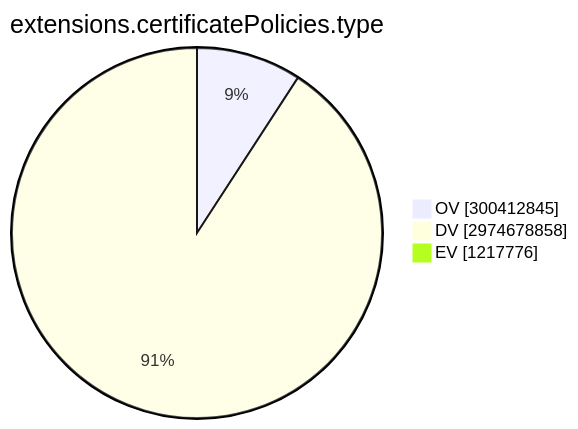
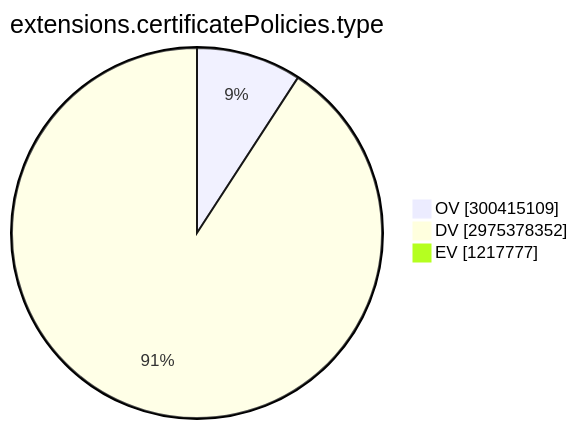
One commit to christiankrug/ctmonitor_visualization changed the ninth of 15 diagrams in TOTAL/README.md. Above: the diagram before and after it, drawn with Mermaid. The commit also changed other lines of this file, not shown here.

````diff
--- a/TOTAL/README.md
+++ b/TOTAL/README.md
@@ -3101,7 +3101,7 @@
 ```mermaid
 pie showData
 title extensions.certificatePolicies.type
-"OV" :300412845
-"DV" :2974678858
-"EV" :1217776
+"OV" :300415109
+"DV" :2975378352
+"EV" :1217777
 ```
````
